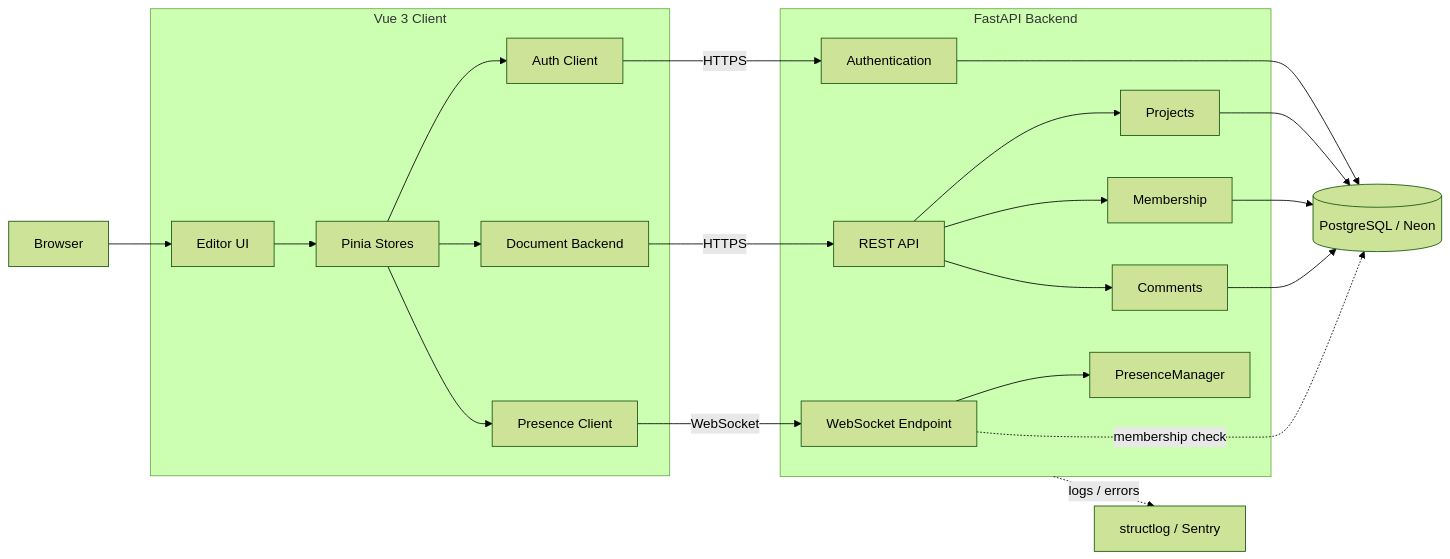
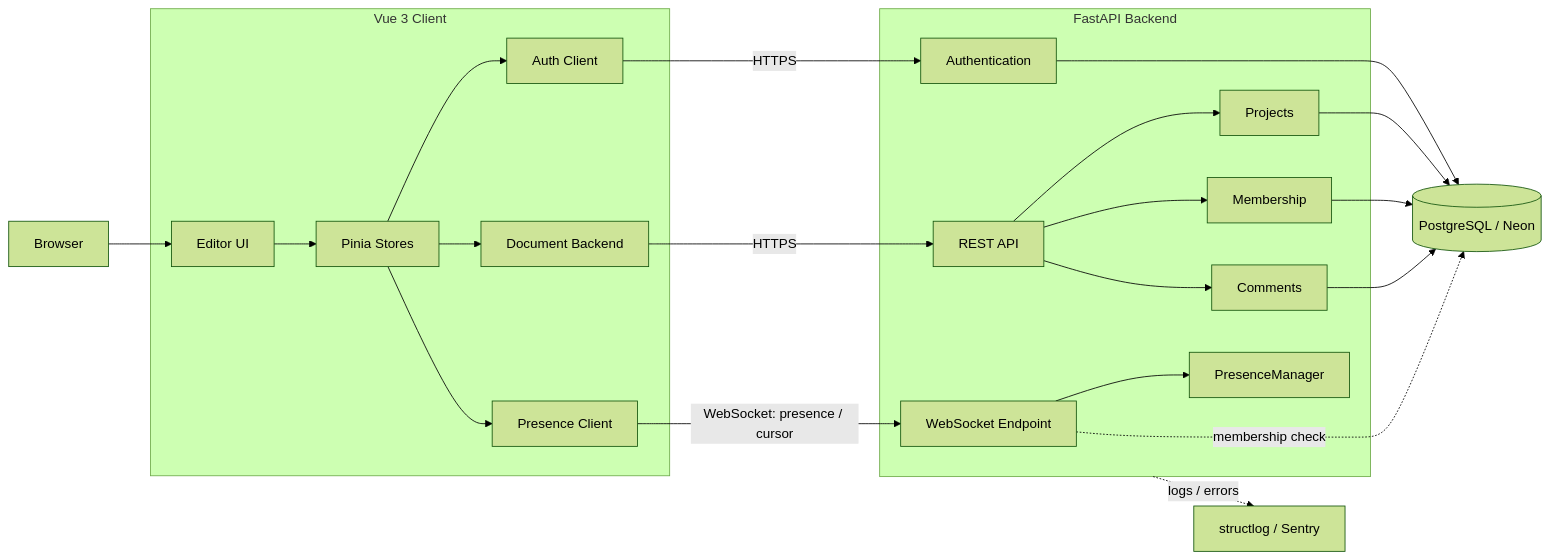
One commit to spurs0929/easyFigmaV changed the first of 2 diagrams in README.md. Above: the diagram before and after it, drawn with Mermaid (forest theme). The commit also changed other lines of this file and 3 other files, not shown here.

Commit message:
docs: 更新 Presence Cursor 架構與協定說明

````diff
--- a/README.md
+++ b/README.md
@@ -98,50 +112,50 @@
 ```mermaid
 flowchart LR
     U[Browser]
 
     subgraph FE["Vue 3 Client"]
         UI[Editor UI]
         STORE[Pinia Stores]
         AUTH[Auth Client]
         DOC[Document Backend]
         PC[Presence Client]
     end
 
     subgraph BE["FastAPI Backend"]
         REST[REST API]
         AUTHAPI[Authentication]
         PROJECT[Projects]
         MEMBER[Membership]
         COMMENT[Comments]
         WS[WebSocket Endpoint]
         PM[PresenceManager]
     end
 
     DB[(PostgreSQL / Neon)]
     OBS[structlog / Sentry]
 
     U --> UI
     UI --> STORE
 
     STORE --> AUTH
     STORE --> DOC
     STORE --> PC
 
     AUTH -->|HTTPS| AUTHAPI
     DOC -->|HTTPS| REST
 
     REST --> PROJECT
     REST --> MEMBER
     REST --> COMMENT
 
     AUTHAPI --> DB
     PROJECT --> DB
     MEMBER --> DB
     COMMENT --> DB
 
-    PC -->|WebSocket| WS
+    PC -->|"WebSocket: presence / cursor"| WS
     WS --> PM
     WS -. membership check .-> DB
 
     BE -. logs / errors .-> OBS
 ```
````
